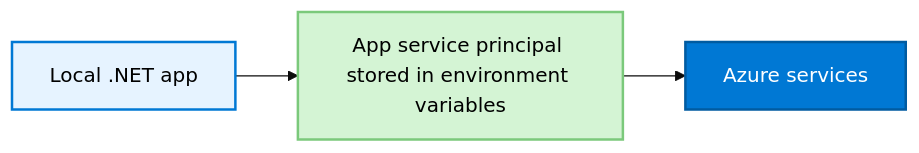
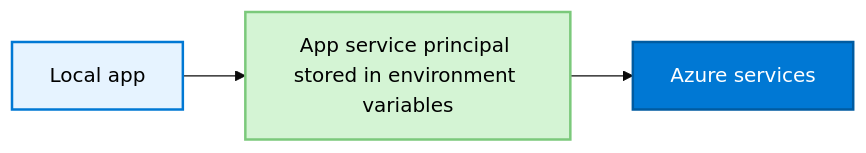
Before and after one commit to MicrosoftDocs/azure-dev-docs: the diagram in articles/includes/authentication/media/mermaidjs/local-service-principal-authentication.md, drawn with Mermaid (base theme). The commit also changed 1 other file, not shown here.

Commit message:
Update label

````diff
--- a/articles/includes/authentication/media/mermaidjs/local-service-principal-authentication.md
+++ b/articles/includes/authentication/media/mermaidjs/local-service-principal-authentication.md
@@ -6,23 +6,23 @@
 ```mermaid
 %% STEPS TO GENERATE IMAGE 
 %% ======================= 
 %% 1. Install mermaid CLI v10.9.1 (see https://github.com/mermaid-js/mermaid-cli/blob/master/README.md): 
 %%    npm i -g @mermaid-js/mermaid-cli@10.9.1 
 %% 2. Run command: mmdc -i local-service-principal-authentication.md -o ../../media/mermaidjs/local-service-principal-authentication.svg 
 
 flowchart LR
-    APP["Local .NET app"]
+    APP["Local app"]
     SP["App service principal stored in environment variables"]
     AS["Azure services"]
     
     APP --> SP
     SP --> AS
     
     classDef app fill:#e6f3ff,stroke:#0078d4,stroke-width:2px,color:#000,font-size:16px
     classDef serviceP fill:#D4F4D4,stroke:#7BC97B,stroke-width:2px,color:#000,font-size:16px
     classDef services fill:#0078d4,stroke:#005ba1,stroke-width:2px,color:#fff,font-size:16px
     
     class APP app
     class SP serviceP
     class AS services
 ```
````
